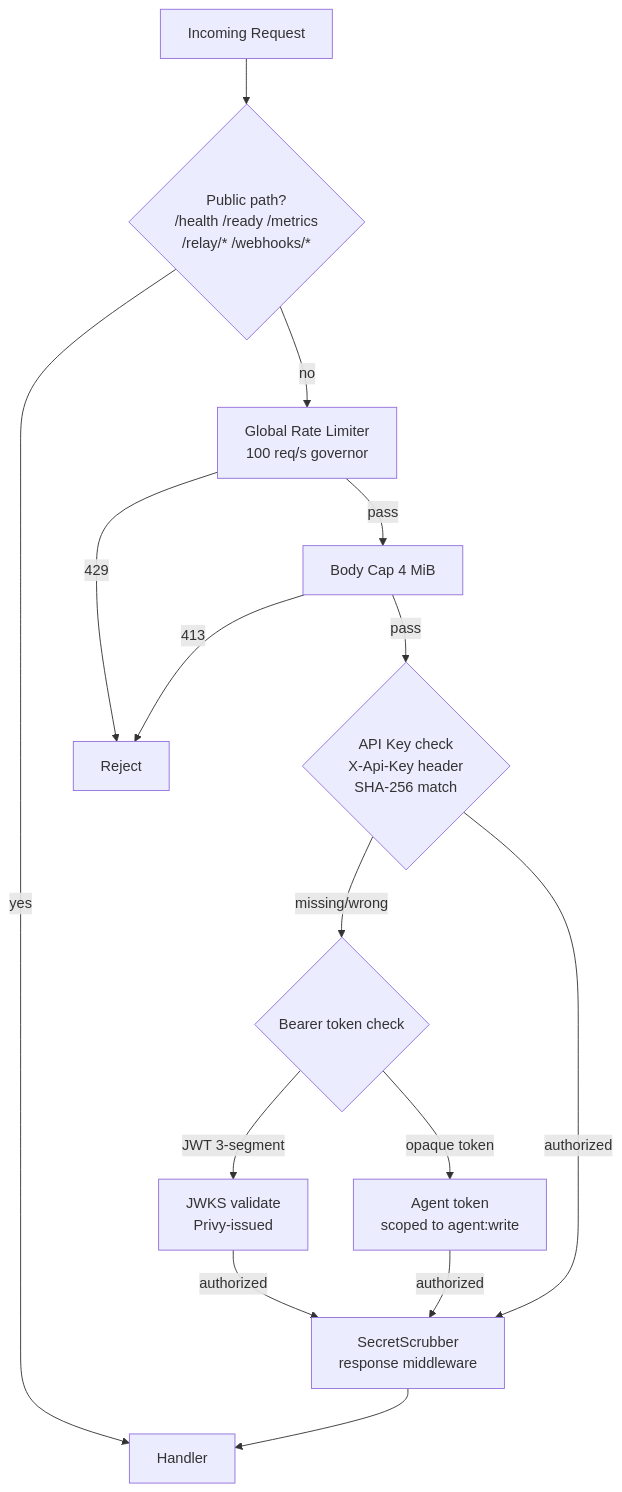
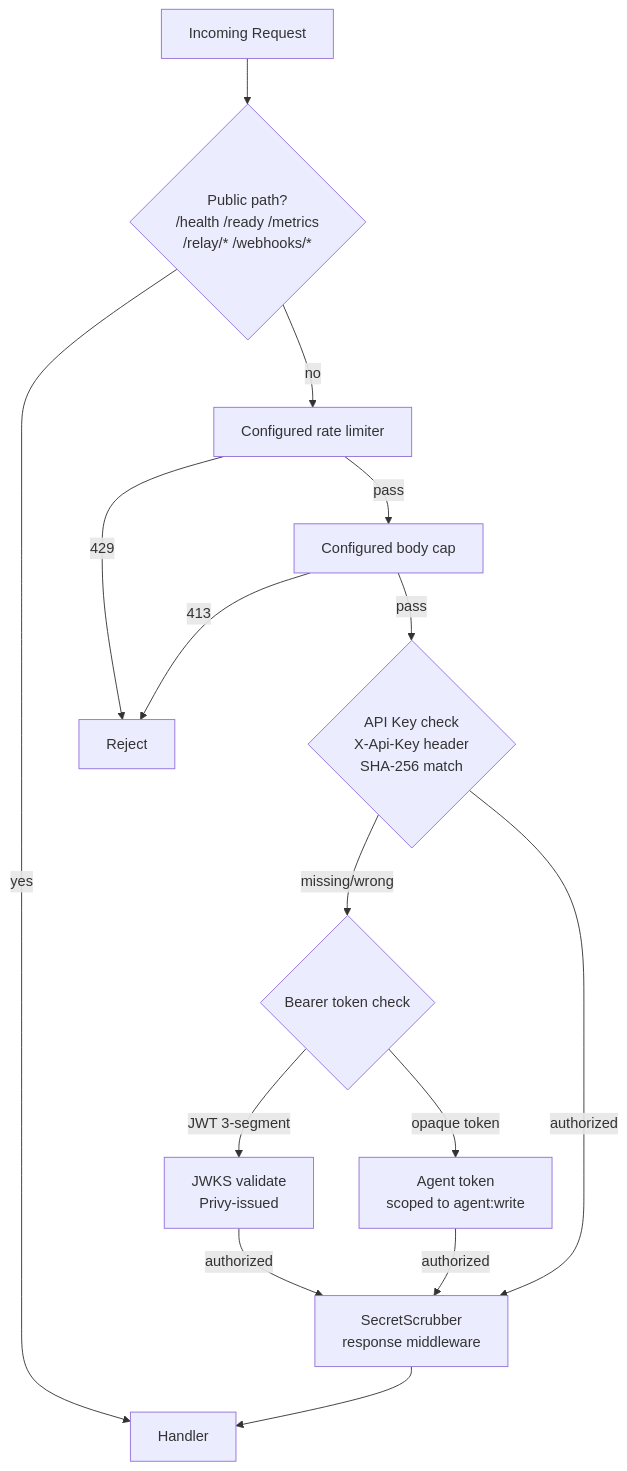
Before and after one commit to wpank/ironclaw: the sixth of 6 diagrams in tmp/ecosystem/control-plane.md, drawn with Mermaid. The commit also changed other lines of this file and 121 other files, not shown here.

````diff
--- a/tmp/ecosystem/control-plane.md
+++ b/tmp/ecosystem/control-plane.md
@@ -480,16 +473,16 @@
 ```mermaid
 flowchart TD
     Req[Incoming Request]
     Req --> PubPath{"Public path?\n/health /ready /metrics\n/relay/* /webhooks/*"}
     PubPath -->|yes| Handler[Handler]
-    PubPath -->|no| RateLimit[Global Rate Limiter\n100 req/s governor]
+    PubPath -->|no| RateLimit[Configured rate limiter]
     RateLimit -->|429| Reject[Reject]
-    RateLimit -->|pass| BodyCap[Body Cap 4 MiB]
+    RateLimit -->|pass| BodyCap[Configured body cap]
     BodyCap -->|413| Reject
     BodyCap -->|pass| ApiKey{API Key check\nX-Api-Key header\nSHA-256 match}
     ApiKey -->|missing/wrong| Bearer{Bearer token check}
     Bearer -->|JWT 3-segment| JWKS[JWKS validate\nPrivy-issued]
     Bearer -->|opaque token| AgentToken[Agent token\nscoped to agent:write]
     JWKS & AgentToken & ApiKey -->|authorized| Scrub[SecretScrubber\nresponse middleware]
     Scrub --> Handler
 ```
````
